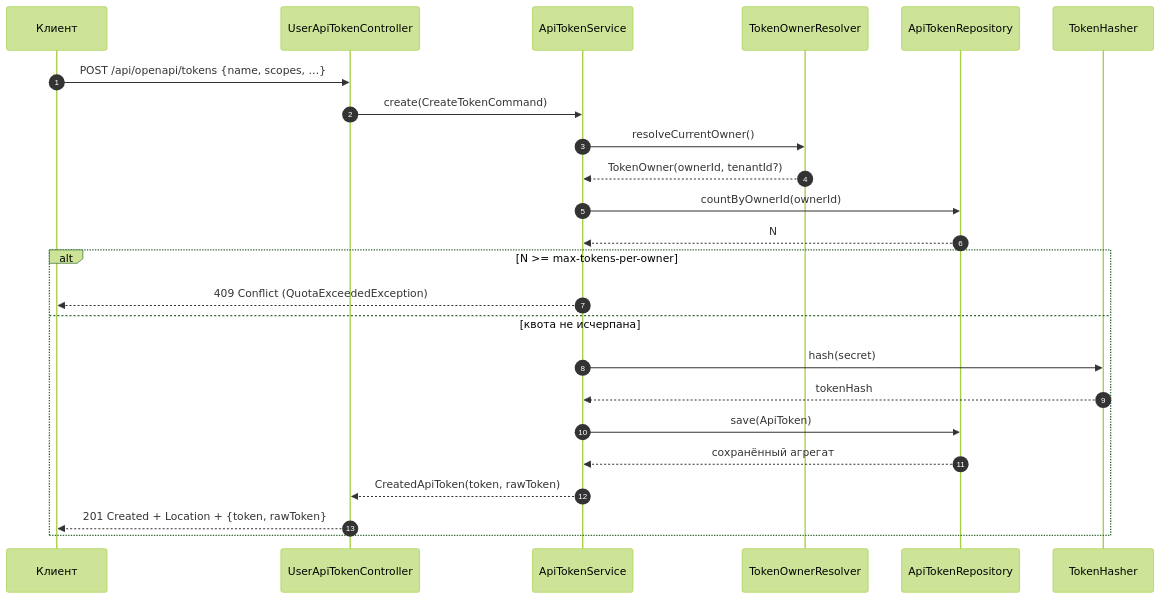
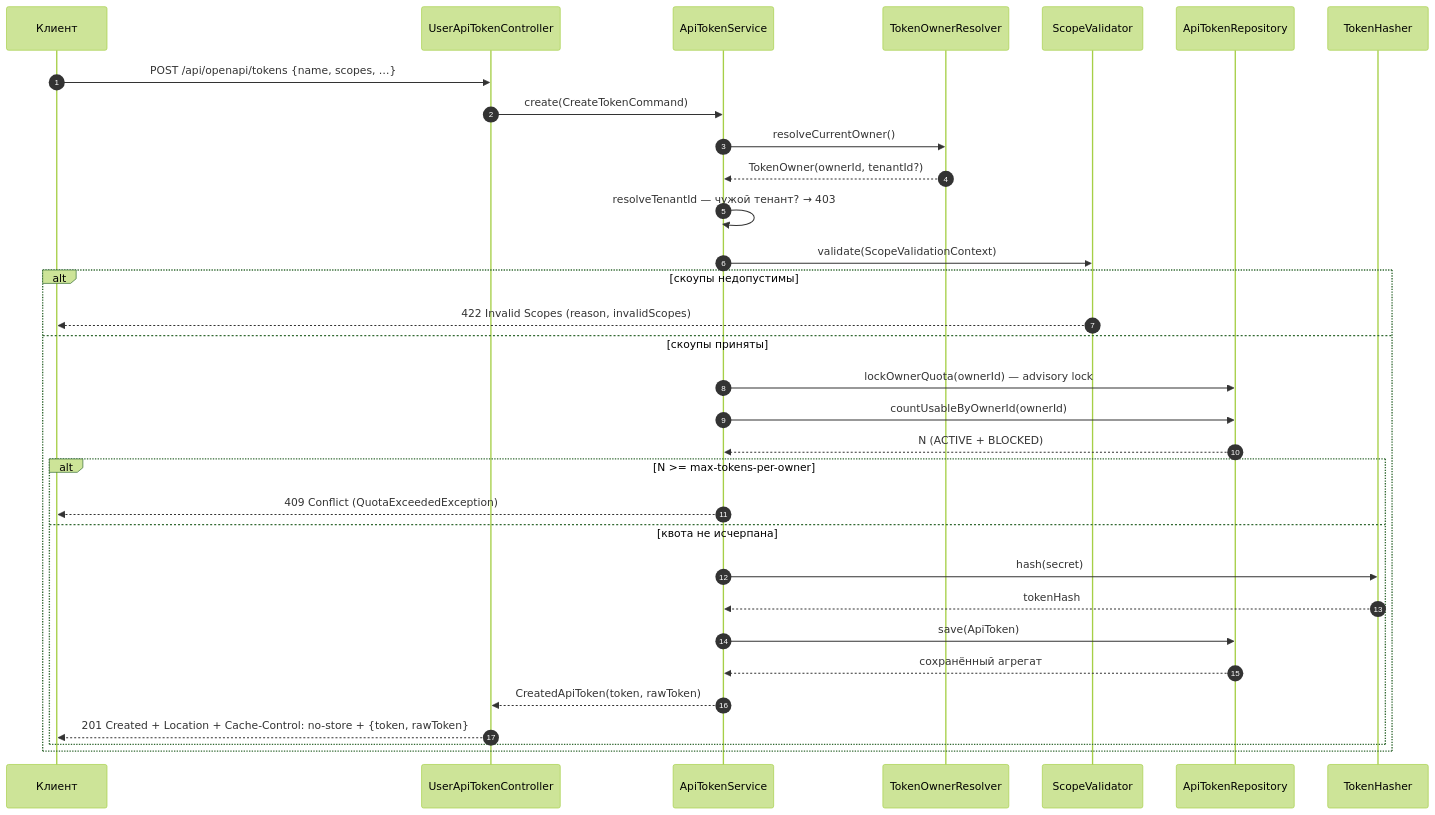
The second of 3 diagrams in docs/features/token-lifecycle.md (fso13/open-api-lib), drawn with Mermaid (forest theme) before and after one commit. The commit also changed other lines of this file and 109 other files, not shown here.

First line of the commit message:
feat(security)!: validate scopes, harden token lifecycle and build

````diff
--- a/docs/features/token-lifecycle.md
+++ b/docs/features/token-lifecycle.md
@@ -59,27 +80,35 @@
 ```mermaid
 sequenceDiagram
     autonumber
     participant C as Клиент
     participant CT as UserApiTokenController
     participant S as ApiTokenService
     participant OR as TokenOwnerResolver
+    participant SV as ScopeValidator
     participant R as ApiTokenRepository
     participant H as TokenHasher
 
     C->>CT: POST /api/openapi/tokens {name, scopes, …}
     CT->>S: create(CreateTokenCommand)
     S->>OR: resolveCurrentOwner()
     OR-->>S: TokenOwner(ownerId, tenantId?)
-    S->>R: countByOwnerId(ownerId)
-    R-->>S: N
-    alt N >= max-tokens-per-owner
-        S-->>C: 409 Conflict (QuotaExceededException)
-    else квота не исчерпана
-        S->>H: hash(secret)
-        H-->>S: tokenHash
-        S->>R: save(ApiToken)
-        R-->>S: сохранённый агрегат
-        S-->>CT: CreatedApiToken(token, rawToken)
-        CT-->>C: 201 Created + Location + {token, rawToken}
+    S->>S: resolveTenantId — чужой тенант? → 403
+    S->>SV: validate(ScopeValidationContext)
+    alt скоупы недопустимы
+        SV-->>C: 422 Invalid Scopes (reason, invalidScopes)
+    else скоупы приняты
+        S->>R: lockOwnerQuota(ownerId) — advisory lock
+        S->>R: countUsableByOwnerId(ownerId)
+        R-->>S: N (ACTIVE + BLOCKED)
+        alt N >= max-tokens-per-owner
+            S-->>C: 409 Conflict (QuotaExceededException)
+        else квота не исчерпана
+            S->>H: hash(secret)
+            H-->>S: tokenHash
+            S->>R: save(ApiToken)
+            R-->>S: сохранённый агрегат
+            S-->>CT: CreatedApiToken(token, rawToken)
+            CT-->>C: 201 Created + Location + Cache-Control: no-store + {token, rawToken}
+        end
     end
 ```
````
